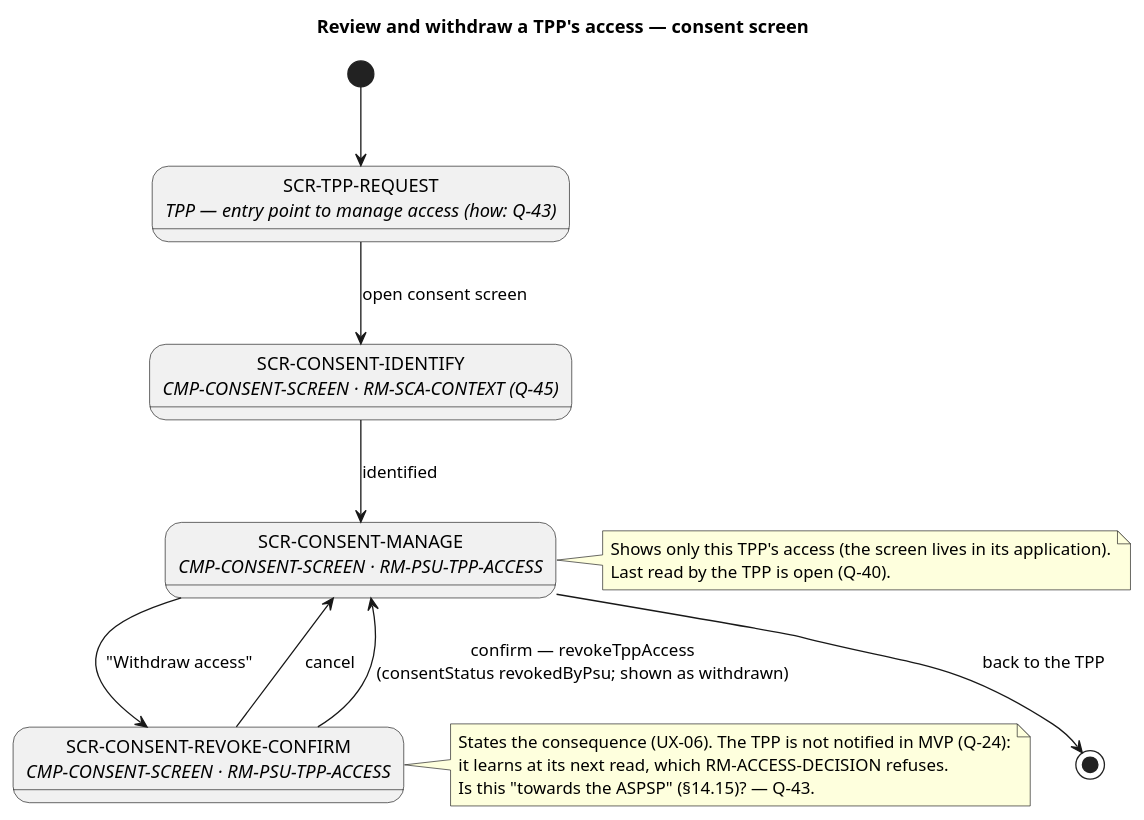
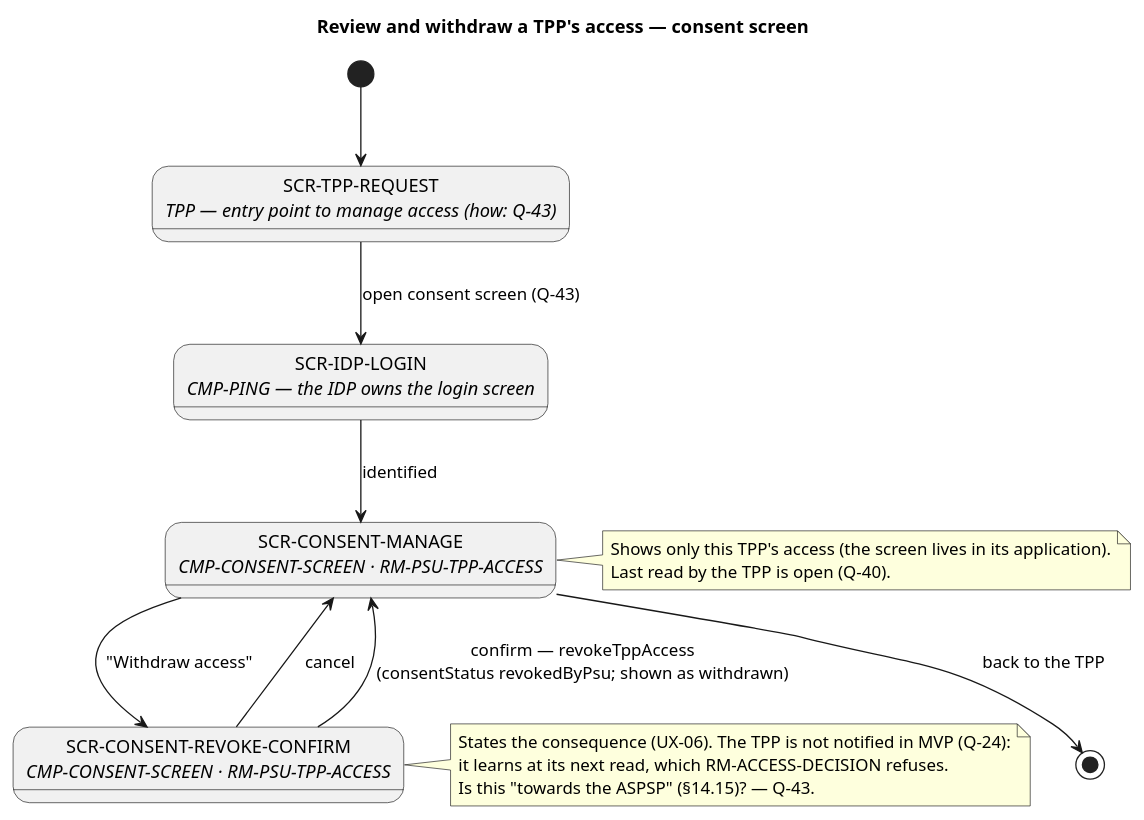
Before and after one commit to vondacho/psd2-sandbox: the diagram in docs/system/uml/ux/tpp-access-screen-flow.puml, drawn with PlantUML. The commit also changed 33 other files, not shown here.

```diff
--- a/docs/system/uml/ux/tpp-access-screen-flow.puml
+++ b/docs/system/uml/ux/tpp-access-screen-flow.puml
@@ -1,29 +1,29 @@
 @startuml tpp-access-screen-flow
 ' Screen flow — review and withdraw one TPP's access. PROPOSAL, AI, 2026-09-19.
-' Iteration 3 (SRC-ADR 87c72b8): on the consent screen, presented in the TPP web application — no
-' longer in the mobile app, and no cross-TPP overview. Stories: STORY-PSU-REVOKE.
+' Iteration 4 (SRC-ADR 7ed3eb1): the PSU authenticates on the IDP login screen, then manages one
+' TPP's access on the consent screen in the browser. No cross-TPP overview. Stories: STORY-PSU-REVOKE.
 title Review and withdraw a TPP's access — consent screen
 
 state "SCR-TPP-REQUEST\n<i>TPP — entry point to manage access (how: Q-43)</i>" as Entry
-state "SCR-CONSENT-IDENTIFY\n<i>CMP-CONSENT-SCREEN · RM-SCA-CONTEXT (Q-45)</i>" as Identify
+state "SCR-IDP-LOGIN\n<i>CMP-PING — the IDP owns the login screen</i>" as Identify
 state "SCR-CONSENT-MANAGE\n<i>CMP-CONSENT-SCREEN · RM-PSU-TPP-ACCESS</i>" as Manage
 state "SCR-CONSENT-REVOKE-CONFIRM\n<i>CMP-CONSENT-SCREEN · RM-PSU-TPP-ACCESS</i>" as Confirm
 
 [*] --> Entry
-Entry --> Identify : open consent screen
+Entry --> Identify : open consent screen (Q-43)
 Identify --> Manage : identified
 Manage --> Confirm : "Withdraw access"
 Confirm --> Manage : cancel
 Confirm --> Manage : confirm — revokeTppAccess\n(consentStatus revokedByPsu; shown as withdrawn)
 Manage --> [*] : back to the TPP
 
 note right of Manage
   Shows only this TPP's access (the screen lives in its application).
   Last read by the TPP is open (Q-40).
 end note
 note right of Confirm
   States the consequence (UX-06). The TPP is not notified in MVP (Q-24):
   it learns at its next read, which RM-ACCESS-DECISION refuses.
   Is this "towards the ASPSP" (§14.15)? — Q-43.
 end note
 @enduml
```
